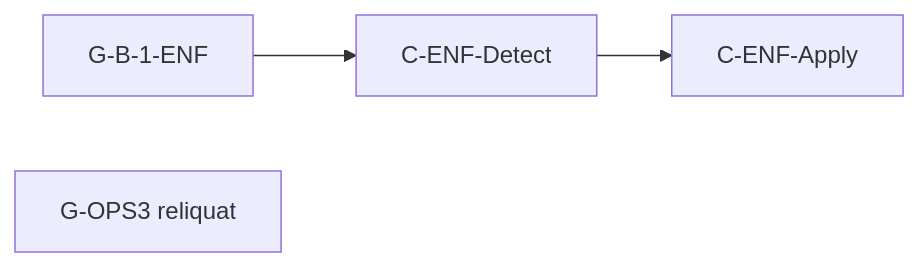
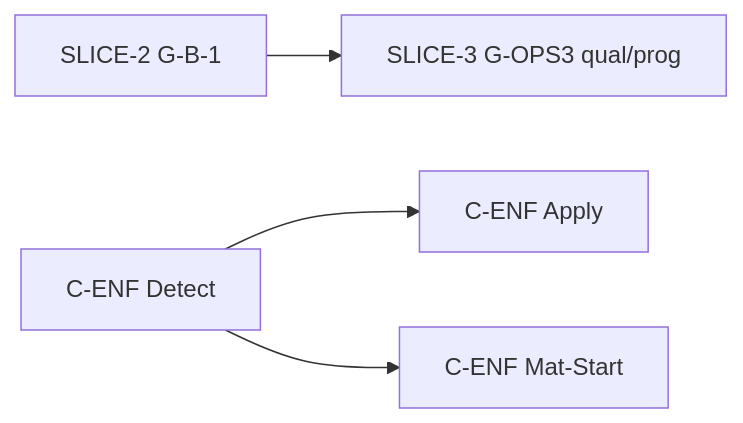
Before and after one commit to sandre58/MyClub: the diagram in docs/design/structure-lifecycle/wave-b-programme-after-gel-a.md, drawn with Mermaid. The commit also changed other lines of this file and 8 other files, not shown here.

````diff
--- a/docs/design/structure-lifecycle/wave-b-programme-after-gel-a.md
+++ b/docs/design/structure-lifecycle/wave-b-programme-after-gel-a.md
@@ -20,9 +28,11 @@
 ```mermaid
 flowchart LR
-  P2[G-B-1-ENF]
-  P3a[C-ENF-Detect]
-  P3b[C-ENF-Apply]
-  OPS3[G-OPS3 reliquat]
-  P2 --> P3a
-  P3a --> P3b
+  P2[SLICE-2 G-B-1]
+  P3[SLICE-3 G-OPS3 qual/prog]
+  D[C-ENF Detect]
+  A[C-ENF Apply]
+  MS[C-ENF Mat-Start]
+  P2 --> P3
+  D --> A
+  D --> MS
 ```
````
